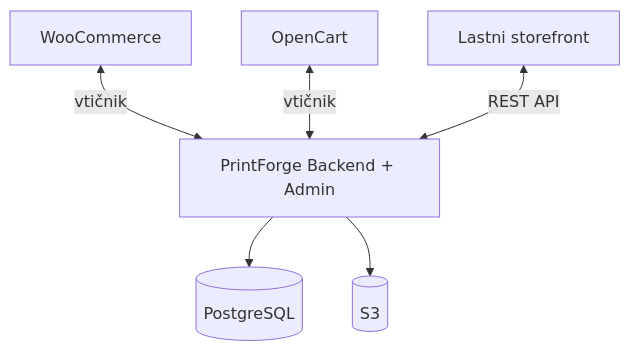
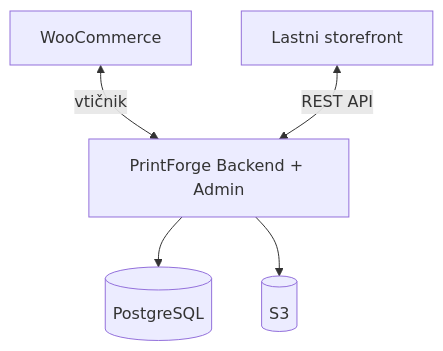
The third of 20 diagrams in README.md (neoxk/printforge), drawn with Mermaid before and after one commit. The commit also changed other lines of this file and 6 other files, not shown here.

````diff
--- a/README.md
+++ b/README.md
@@ -92,11 +104,10 @@
 ```mermaid
 graph TD
     PF[PrintForge Backend + Admin]
 
     WC[WooCommerce] <-->|vtičnik| PF
-    OC[OpenCart] <-->|vtičnik| PF
     CS[Lastni storefront] <-->|REST API| PF
 
     PF --> DB[(PostgreSQL)]
     PF --> S3[(S3)]
 ```
````
